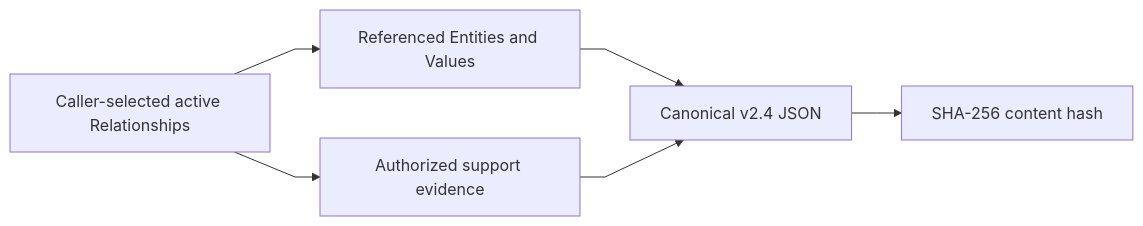
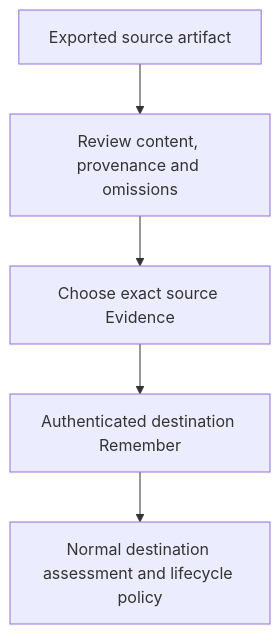
The second of 2 diagrams in Memory-Packs.md (markhuangai/dense-mem), drawn with Mermaid before and after one commit. The commit also changed other lines of this file and 34 other files, not shown here.

````diff
--- a/Memory-Packs.md
+++ b/Memory-Packs.md
@@ -14,9 +37,8 @@
 ```mermaid
 %%{init: {"flowchart": {"curve": "linear"}}}%%
-flowchart LR
-  Selection["Caller-selected active Relationships"] --> Entities["Referenced Entities and Values"]
-  Selection --> Evidence["Authorized support evidence"]
-  Entities --> Pack["Canonical v2.4 JSON"]
-  Evidence --> Pack
-  Pack --> Hash["SHA-256 content hash"]
+flowchart TB
+  Pack["Exported source artifact"] --> Review["Review content, provenance and omissions"]
+  Review --> Input["Choose exact source Evidence"]
+  Input --> Destination["Authenticated destination Remember"]
+  Destination --> Policy["Normal destination assessment and lifecycle policy"]
 ```
````
